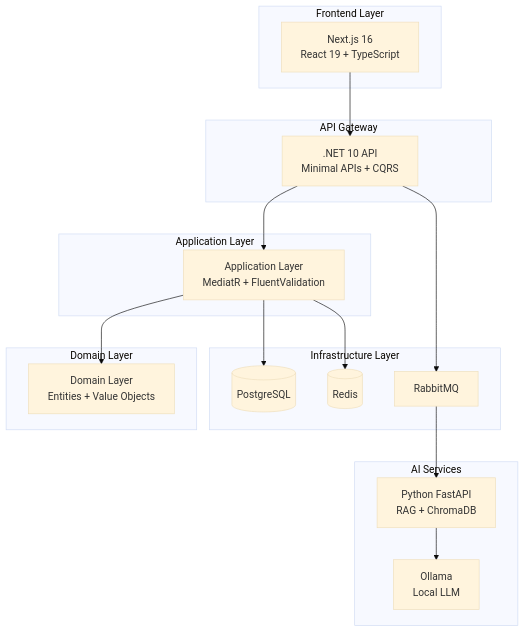
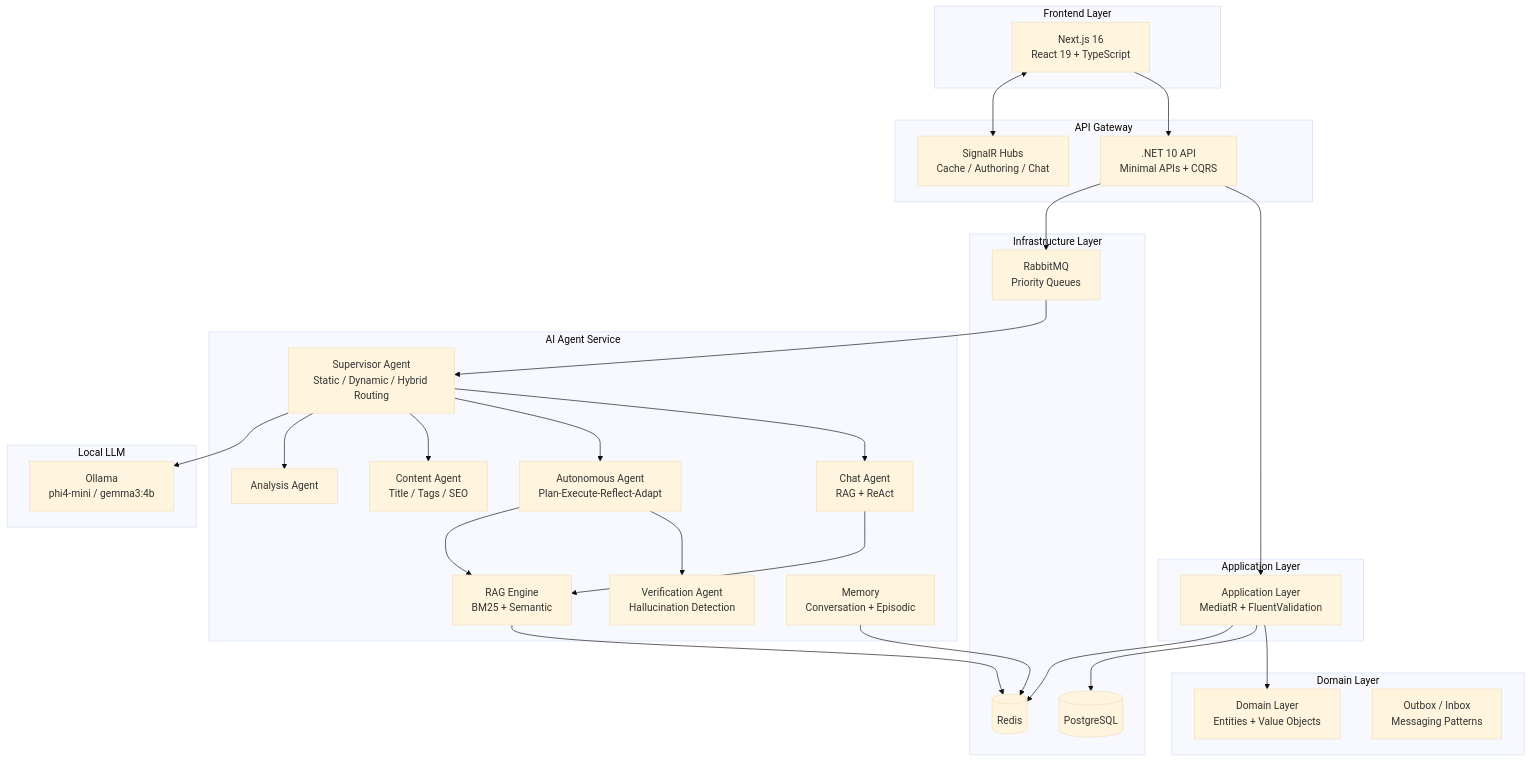
The diagram in README.md (MrBekoX/MrBekoXBlogApp), drawn with Mermaid (base theme) before and after one commit. The commit also changed other lines of this file and 2 other files, not shown here.

````diff
--- a/README.md
+++ b/README.md
@@ -26,38 +31,60 @@
 ```mermaid
 graph TB
     subgraph "Frontend Layer"
         FE[Next.js 16<br/>React 19 + TypeScript]
     end
 
     subgraph "API Gateway"
         API[.NET 10 API<br/>Minimal APIs + CQRS]
+        SIG[SignalR Hubs<br/>Cache / Authoring / Chat]
     end
 
     subgraph "Application Layer"
         APP[Application Layer<br/>MediatR + FluentValidation]
     end
 
     subgraph "Domain Layer"
         DOM[Domain Layer<br/>Entities + Value Objects]
+        OUT[Outbox / Inbox<br/>Messaging Patterns]
     end
 
     subgraph "Infrastructure Layer"
         DB[(PostgreSQL)]
         REDIS[(Redis)]
-        RMQ[RabbitMQ]
+        RMQ[RabbitMQ<br/>Priority Queues]
     end
 
-    subgraph "AI Services"
-        AI[Python FastAPI<br/>RAG + ChromaDB]
-        OLLAMA[Ollama<br/>Local LLM]
+    subgraph "AI Agent Service"
+        SUP[Supervisor Agent<br/>Static / Dynamic / Hybrid Routing]
+        CHAT[Chat Agent<br/>RAG + ReAct]
+        AUT[Autonomous Agent<br/>Plan-Execute-Reflect-Adapt]
+        VER[Verification Agent<br/>Hallucination Detection]
+        CON[Content Agent<br/>Title / Tags / SEO]
+        ANA[Analysis Agent]
+        RAG[RAG Engine<br/>BM25 + Semantic]
+        MEM[Memory<br/>Conversation + Episodic]
+    end
+
+    subgraph "Local LLM"
+        OLLAMA[Ollama<br/>phi4-mini / gemma3:4b]
     end
 
     FE --> API
+    FE <--> SIG
     API --> APP
     APP --> DOM
     APP --> DB
     APP --> REDIS
     API --> RMQ
-    RMQ --> AI
-    AI --> OLLAMA
+    RMQ --> SUP
+    SUP --> CHAT
+    SUP --> AUT
+    SUP --> CON
+    SUP --> ANA
+    AUT --> VER
+    CHAT --> RAG
+    AUT --> RAG
+    RAG --> REDIS
+    SUP --> OLLAMA
+    MEM --> REDIS
 ```
````
